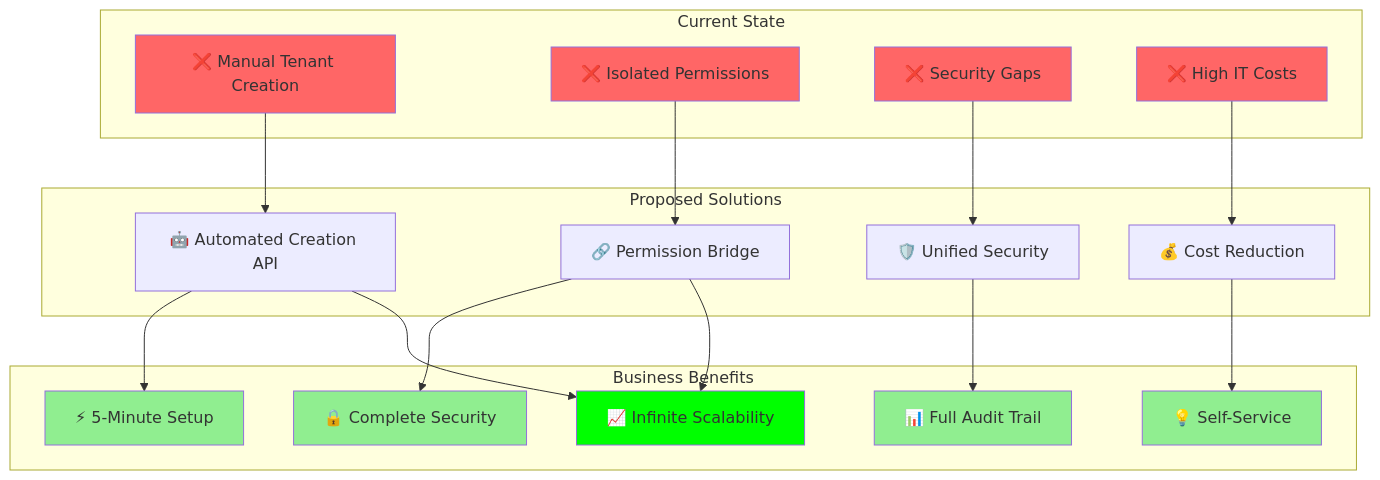
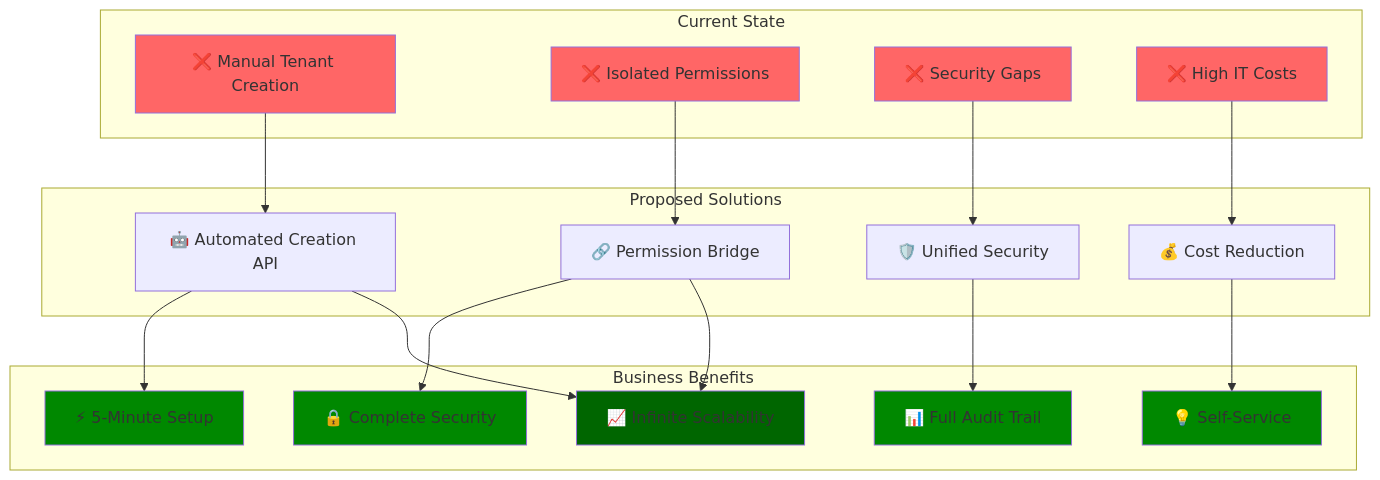
One commit to hi-dil/SSO-POC changed diagram 18 of 21 in docs/architecture/challenges-and-solutions.md. Above: the diagram before and after it, drawn with Mermaid. The commit also changed other lines of this file, not shown here.

````diff
--- a/docs/architecture/challenges-and-solutions.md
+++ b/docs/architecture/challenges-and-solutions.md
@@ -661,42 +658,42 @@
 ```mermaid
 graph TB
     subgraph "Current State"
         C1[❌ Manual Tenant Creation]
         C2[❌ Isolated Permissions]
         C3[❌ Security Gaps]
         C4[❌ High IT Costs]
     end
     
     subgraph "Proposed Solutions"
         S1[🤖 Automated Creation API]
         S2[🔗 Permission Bridge]
         S3[🛡️ Unified Security]
         S4[💰 Cost Reduction]
     end
     
     subgraph "Business Benefits"
         B1[⚡ 5-Minute Setup]
         B2[🔒 Complete Security]
         B3[📊 Full Audit Trail]
         B4[💡 Self-Service]
         B5[📈 Infinite Scalability]
     end
     
     C1 --> S1 --> B1
     C2 --> S2 --> B2
     C3 --> S3 --> B3
     C4 --> S4 --> B4
     
     S1 --> B5
     S2 --> B5
     
     style C1 fill:#ff6666
     style C2 fill:#ff6666
     style C3 fill:#ff6666
     style C4 fill:#ff6666
-    style B1 fill:#90EE90
-    style B2 fill:#90EE90
-    style B3 fill:#90EE90
-    style B4 fill:#90EE90
-    style B5 fill:#00ff00
+    style B1 fill:#008800
+    style B2 fill:#008800
+    style B3 fill:#008800
+    style B4 fill:#008800
+    style B5 fill:#006600
 ```
````
